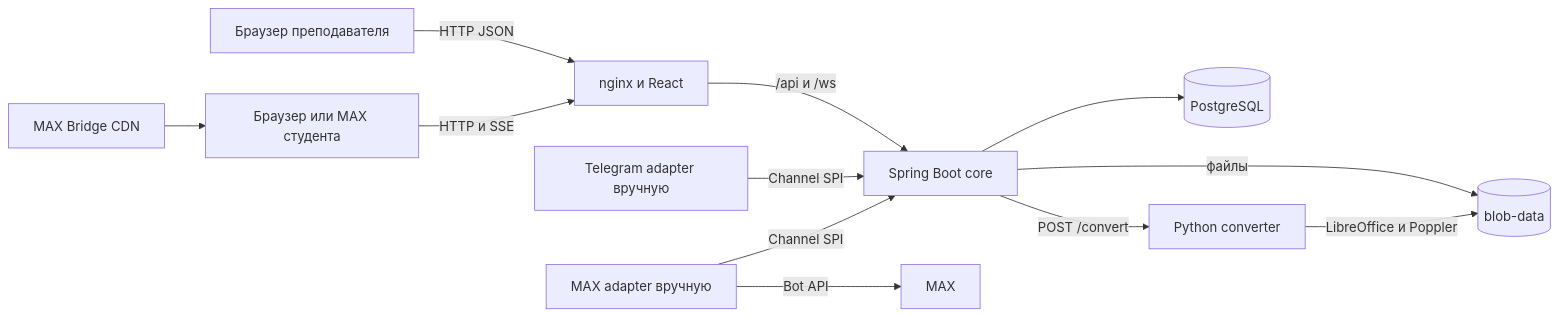
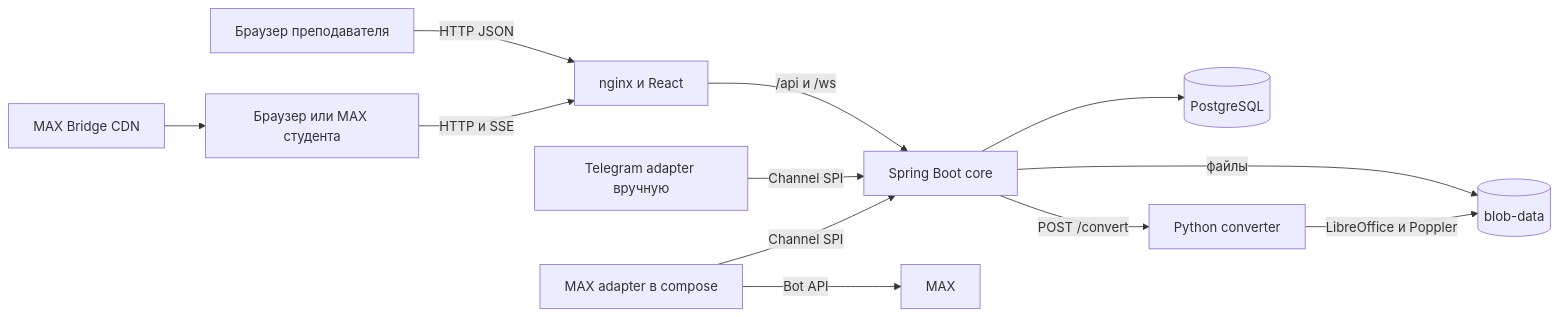
The diagram in README.md (MrHolly0/lecturer-assistant-v2), drawn with Mermaid before and after one commit. The commit also changed other lines of this file and 5 other files, not shown here.

````diff
--- a/README.md
+++ b/README.md
@@ -35,14 +35,14 @@
 ```mermaid
 flowchart LR
     B[Браузер преподавателя] -->|HTTP JSON| W[nginx и React]
     S[Браузер или MAX студента] -->|HTTP и SSE| W
     W -->|/api и /ws| C[Spring Boot core]
     C --> P[(PostgreSQL)]
     C -->|файлы| V[(blob-data)]
     C -->|POST /convert| R[Python converter]
     R -->|LibreOffice и Poppler| V
     T[Telegram adapter вручную] -->|Channel SPI| C
-    A[MAX adapter вручную] -->|Channel SPI| C
+    A[MAX adapter в compose] -->|Channel SPI| C
     A -->|Bot API| X[MAX]
     M[MAX Bridge CDN] --> S
 ```
````
